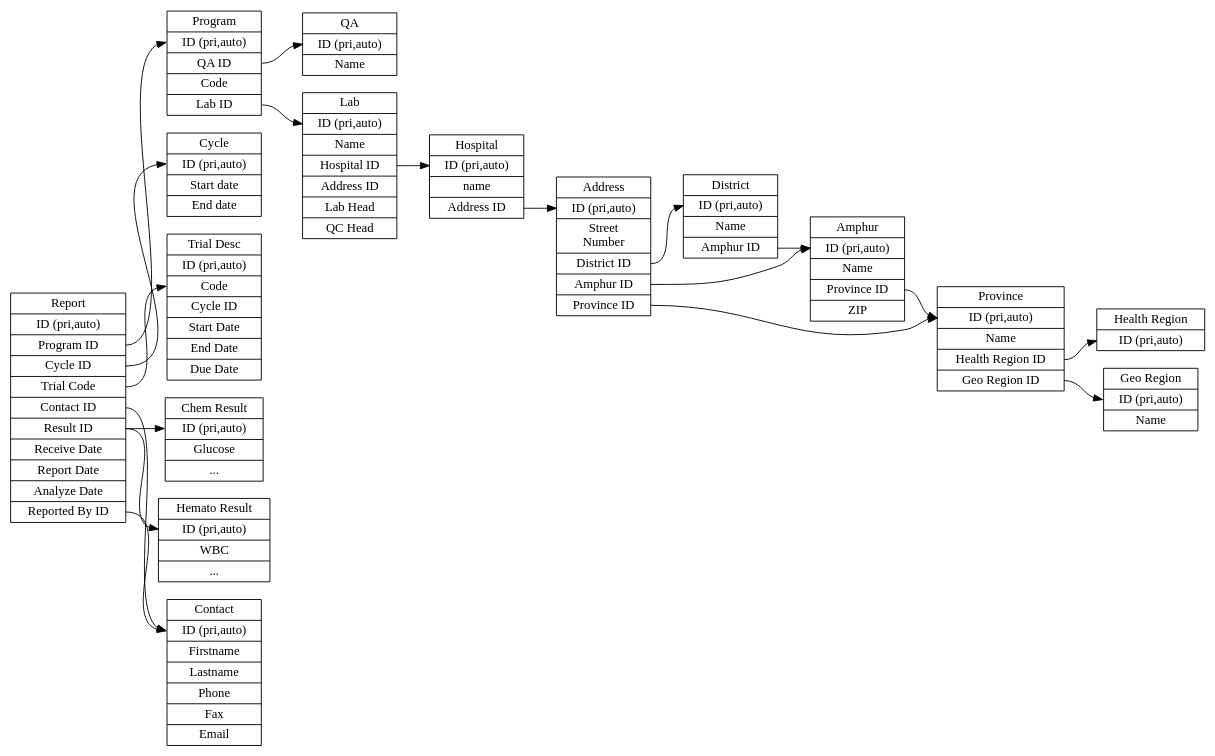
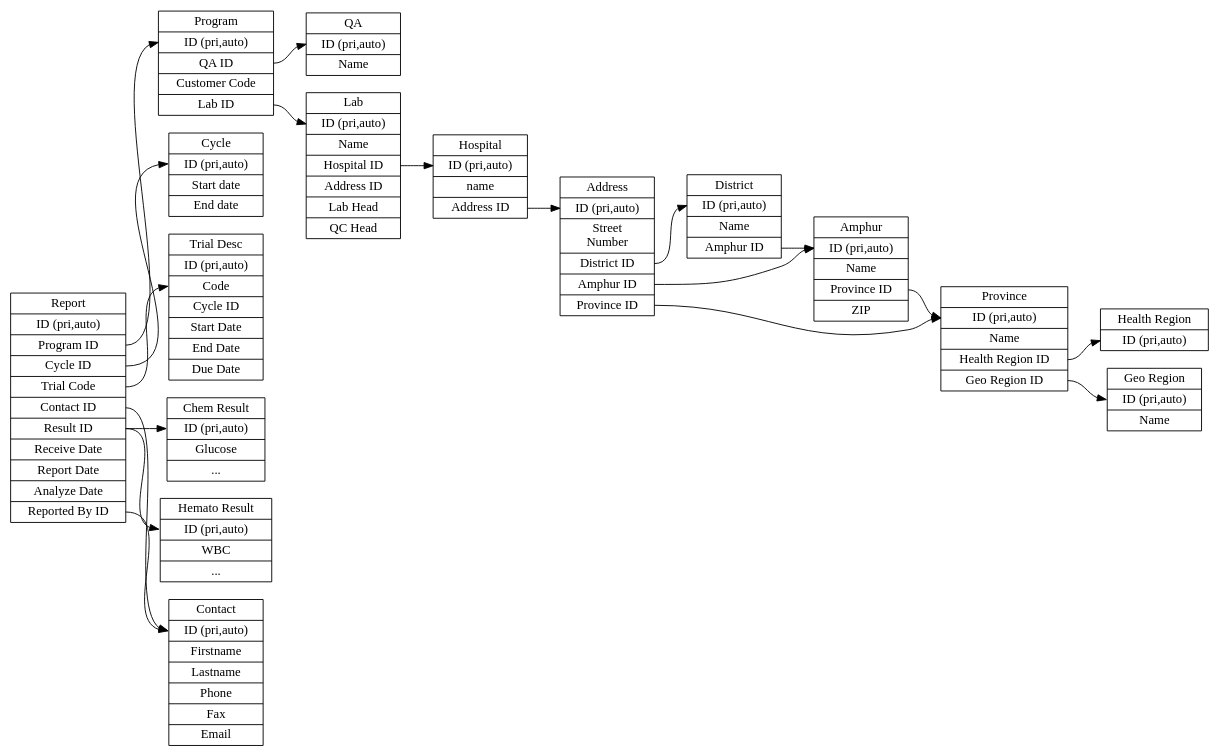
Before and after one commit to likit/medtech-ieqa: the diagram in customerdb.dot, drawn with Graphviz.

Commit message:
fix code to  customer code in grapvizh

```diff
--- a/customerdb.dot
+++ b/customerdb.dot
@@ -1,46 +1,46 @@
 digraph G {
     graph [rankdir = "LR"];
     "hospital_table" [shape = "record" label = "Hospital|<f1>ID (pri,auto)|name|<f3>Address ID"];
     "address_table" [shape = "record" label="Address|<f1>ID (pri,auto)|Street\nNumber|<f3>District ID|<f4>Amphur ID|<f5>Province ID"];
     "province_table" [shape = "record" label="Province|<f1>ID (pri,auto)|Name|<f3>Health Region ID|<f4>Geo Region ID"];
     "amphur_table" [shape="record" label="Amphur|<f1>ID (pri,auto)|Name|<f3>Province ID|ZIP"];
     "district_table" [shape="record" label="District|<f1>ID (pri,auto)|Name|<f3>Amphur ID"];
     "health_region_table" [shape="record" label="Health Region|<f1>ID (pri,auto)"];
     "geo_region_table" [shape="record" label="Geo Region|<f1>ID (pri,auto)|Name"];
 
     "lab_table" [shape="record" label="Lab|<f1>ID (pri,auto)|Name|<f3>Hospital ID|Address ID|Lab Head|QC Head"];
     "contact_table" [shape="record" label="Contact|<f1>ID (pri,auto)|Firstname|Lastname|Phone|Fax|Email"];
-    "program_table" [shape="record" label="Program|<f1>ID (pri,auto)|<f2>QA ID|<f3>Code|<f4>Lab ID"];
+    "program_table" [shape="record" label="Program|<f1>ID (pri,auto)|<f2>QA ID|<f3>Customer Code|<f4>Lab ID"];
 
     "cycle_table" [shape="record" label="Cycle|<f1>ID (pri,auto)|Start date|End date"];
     "report_table" [shape="record" label="Report|<f1>ID (pri,auto)|<f2>Program ID|<f3>Cycle ID|<f4>Trial Code|<f5>Contact ID|<f6>Result ID|Receive Date|Report Date|Analyze Date|<f10>Reported By ID"];
     "trial_desc_table" [shape="record" label="Trial Desc|<f1>ID (pri,auto)|<f2>Code|<f3>Cycle ID|Start Date|End Date|Due Date"];
     "qa_table" [shape="record" label="QA|<f1>ID (pri,auto)|Name"]
 
     "chem_result_table" [shape="record" label="Chem Result|<f1>ID (pri,auto)|Glucose|..."];
     "hemato_result_table" [shape="record" label="Hemato Result|<f1>ID (pri,auto)|WBC|..."];
 
     "address_table":f3 -> "district_table":f1;
     "address_table":f4 -> "amphur_table":f1;
     "address_table":f5 -> "province_table":f1;
 
     "hospital_table":f3 -> "address_table":f1;
 
     "amphur_table":f3 -> "province_table":f1;
     "district_table":f3 -> "amphur_table":f1;
 
     "province_table":f3 -> "health_region_table":f1;
     "province_table":f4 -> "geo_region_table":f1;
 
     "report_table":f3 -> "cycle_table":f1
     "report_table":f4 -> "trial_desc_table":f2
     "report_table":f5 -> "contact_table":f1;
     "report_table":f6 -> "chem_result_table":f1;
     "report_table":f6 -> "hemato_result_table":f1;
 
     "report_table":f2 -> "program_table":f1;
     "report_table":f10 -> "contact_table":f1;
     "program_table":f4 -> "lab_table":f1;
     "program_table":f2 -> "qa_table":f1;
     "lab_table":f3 -> "hospital_table":f1;
 }
```
